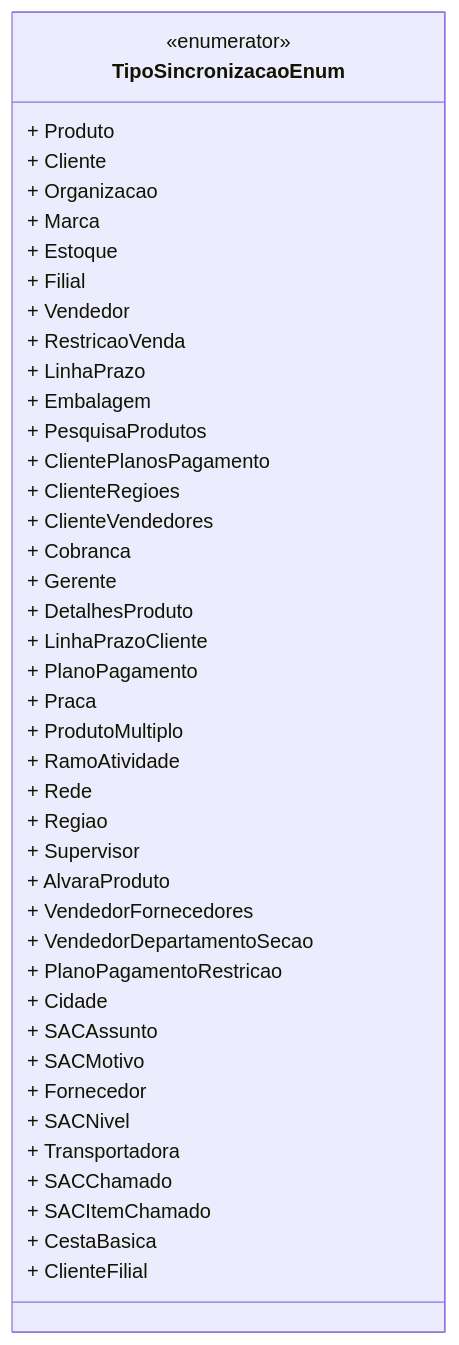
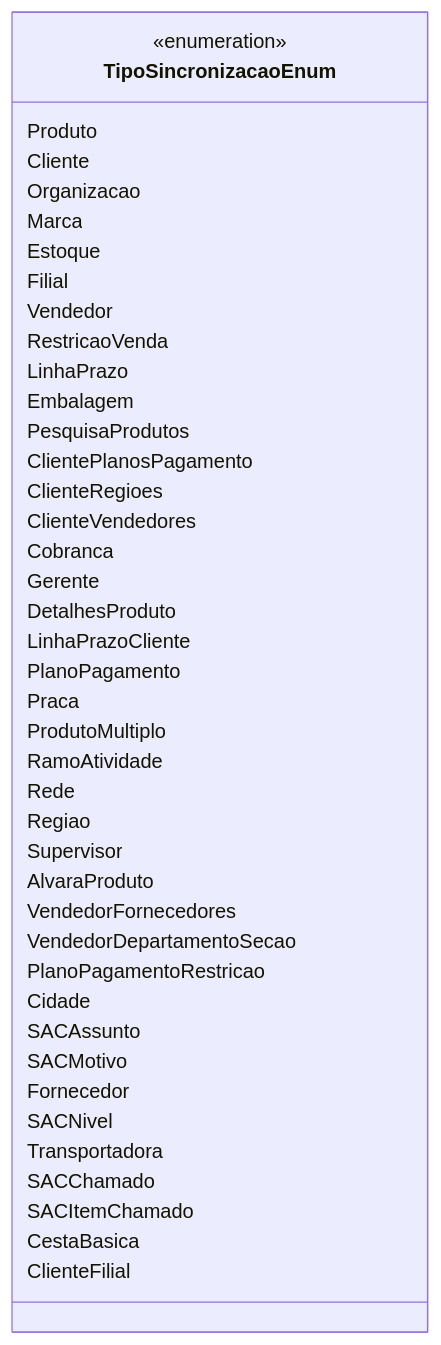
Before and after one commit to IsthmusSistemas/documentacao-tecnica: the diagram in docs/b2b-dominio/IsthmusWinthor.Nucleo/IsthmusWinthor.Dominio/Enumeradores/Pipelines/TipoSincronizacaoEnum.md, drawn with Mermaid. The commit also changed other lines of this file and 882 other files, not shown here.

````diff
--- a/docs/b2b-dominio/IsthmusWinthor.Nucleo/IsthmusWinthor.Dominio/Enumeradores/Pipelines/TipoSincronizacaoEnum.md
+++ b/docs/b2b-dominio/IsthmusWinthor.Nucleo/IsthmusWinthor.Dominio/Enumeradores/Pipelines/TipoSincronizacaoEnum.md
@@ -12,45 +12,45 @@
 ```mermaid
 classDiagram
     class TipoSincronizacaoEnum {
-        <<enumerator>>
-        + Produto
-        + Cliente
-        + Organizacao
-        + Marca
-        + Estoque
-        + Filial
-        + Vendedor
-        + RestricaoVenda
-        + LinhaPrazo
-        + Embalagem
-        + PesquisaProdutos
-        + ClientePlanosPagamento
-        + ClienteRegioes
-        + ClienteVendedores
-        + Cobranca
-        + Gerente
-        + DetalhesProduto
-        + LinhaPrazoCliente
-        + PlanoPagamento
-        + Praca
-        + ProdutoMultiplo
-        + RamoAtividade
-        + Rede
-        + Regiao
-        + Supervisor
-        + AlvaraProduto
-        + VendedorFornecedores
-        + VendedorDepartamentoSecao
-        + PlanoPagamentoRestricao
-        + Cidade
-        + SACAssunto
-        + SACMotivo
-        + Fornecedor
-        + SACNivel
-        + Transportadora
-        + SACChamado
-        + SACItemChamado
-        + CestaBasica
-        + ClienteFilial
+        <<enumeration>>
+        Produto
+        Cliente
+        Organizacao
+        Marca
+        Estoque
+        Filial
+        Vendedor
+        RestricaoVenda
+        LinhaPrazo
+        Embalagem
+        PesquisaProdutos
+        ClientePlanosPagamento
+        ClienteRegioes
+        ClienteVendedores
+        Cobranca
+        Gerente
+        DetalhesProduto
+        LinhaPrazoCliente
+        PlanoPagamento
+        Praca
+        ProdutoMultiplo
+        RamoAtividade
+        Rede
+        Regiao
+        Supervisor
+        AlvaraProduto
+        VendedorFornecedores
+        VendedorDepartamentoSecao
+        PlanoPagamentoRestricao
+        Cidade
+        SACAssunto
+        SACMotivo
+        Fornecedor
+        SACNivel
+        Transportadora
+        SACChamado
+        SACItemChamado
+        CestaBasica
+        ClienteFilial
     }
 ```
````
